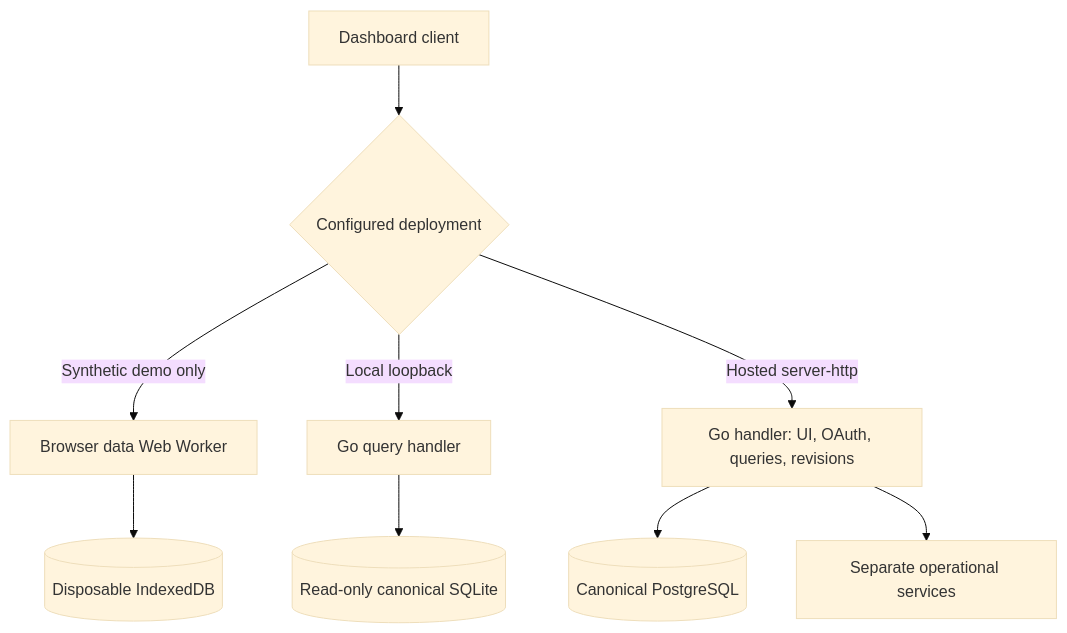
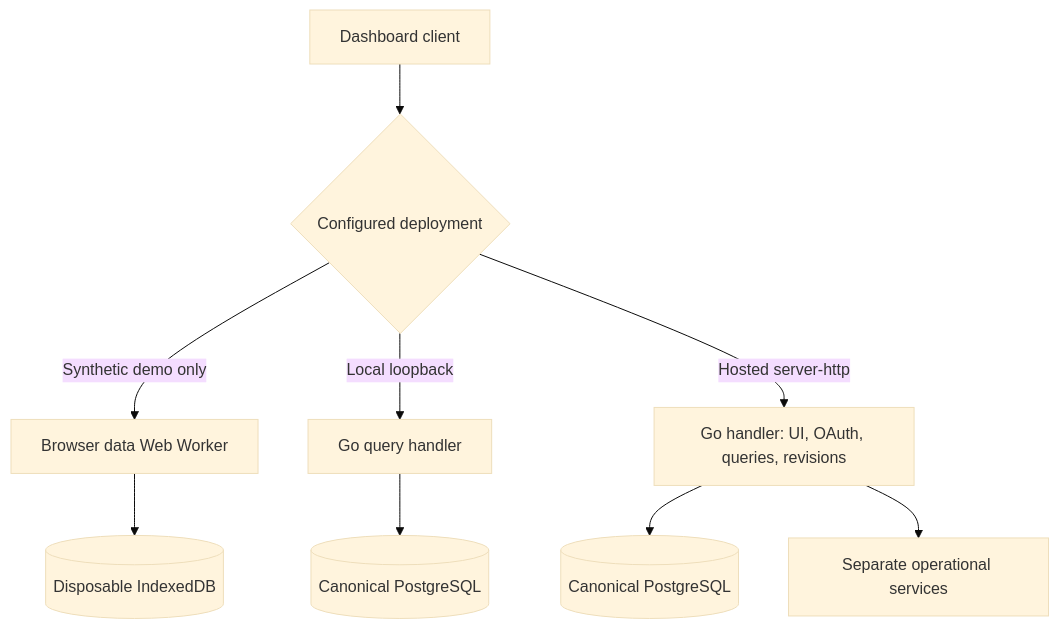
One commit to githubnext/gh-cao changed the second of 15 diagrams in docs/dashboard-data-architecture.md. Above: the diagram before and after it, drawn with Mermaid (base theme). The commit also changed other lines of this file and 84 other files, not shown here.

First line of the commit message:
Manage cache-backed PostgreSQL for local dashboards

````diff
--- a/docs/dashboard-data-architecture.md
+++ b/docs/dashboard-data-architecture.md
@@ -68,13 +68,13 @@
 ```mermaid
 flowchart TB
   accTitle: Three explicitly selected serving topologies
-  accDescr: The synthetic Pages demo queries isolated browser IndexedDB through a worker. Real local snapshots use SQLite through Go. Production serving queries PostgreSQL through the same-origin Go handler.
+  accDescr: The synthetic Pages demo queries isolated browser IndexedDB through a worker. Real local data uses PostgreSQL through Go. Production serving queries PostgreSQL through the same-origin Go handler.
   Browser["Dashboard client"] --> Selection{"Configured deployment"}
   Selection -->|Synthetic demo only| Worker["Browser data Web Worker"]
   Worker --> IDB[("Disposable IndexedDB")]
   Selection -->|Local loopback| Local["Go query handler"]
-  Local --> SQLite[("Read-only canonical SQLite")]
+  Local --> LocalPostgres[("Canonical PostgreSQL")]
   Selection -->|Hosted server-http| Hosted["Go handler: UI, OAuth, queries, revisions"]
   Hosted --> PG[("Canonical PostgreSQL")]
   Hosted --> Ops["Separate operational services"]
 ```
````
